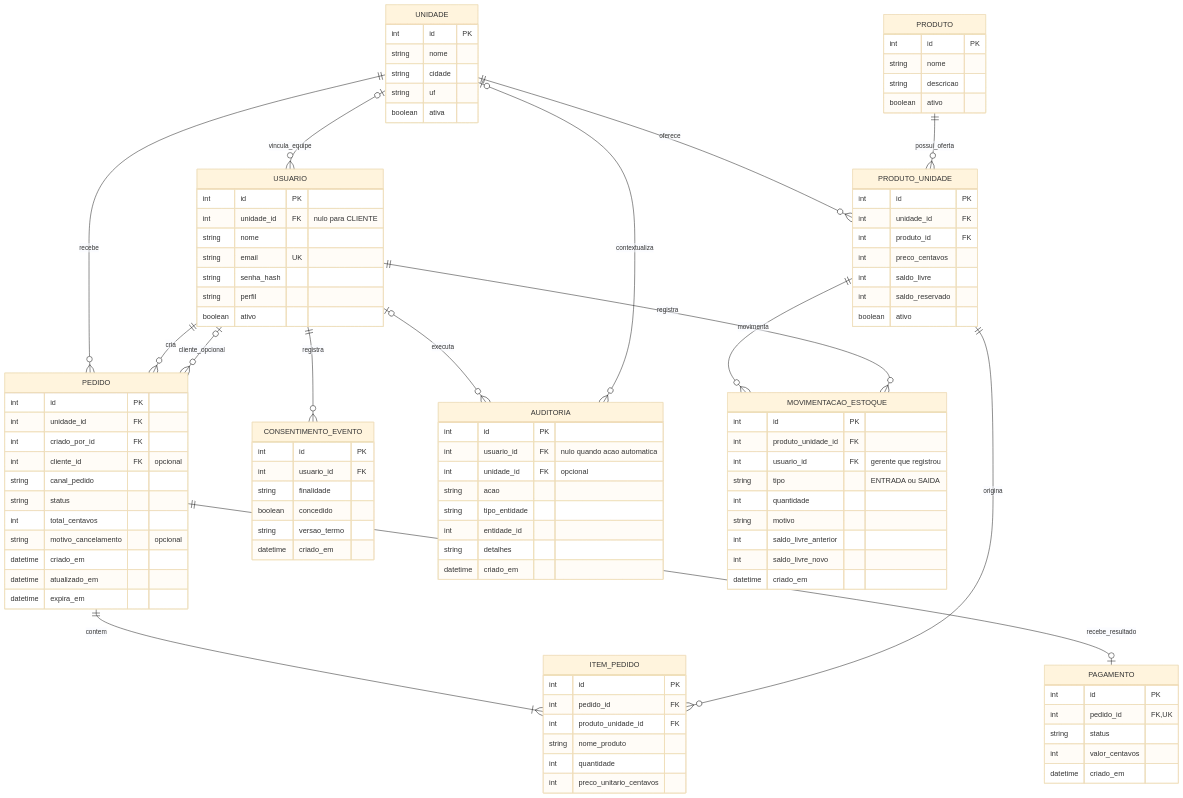
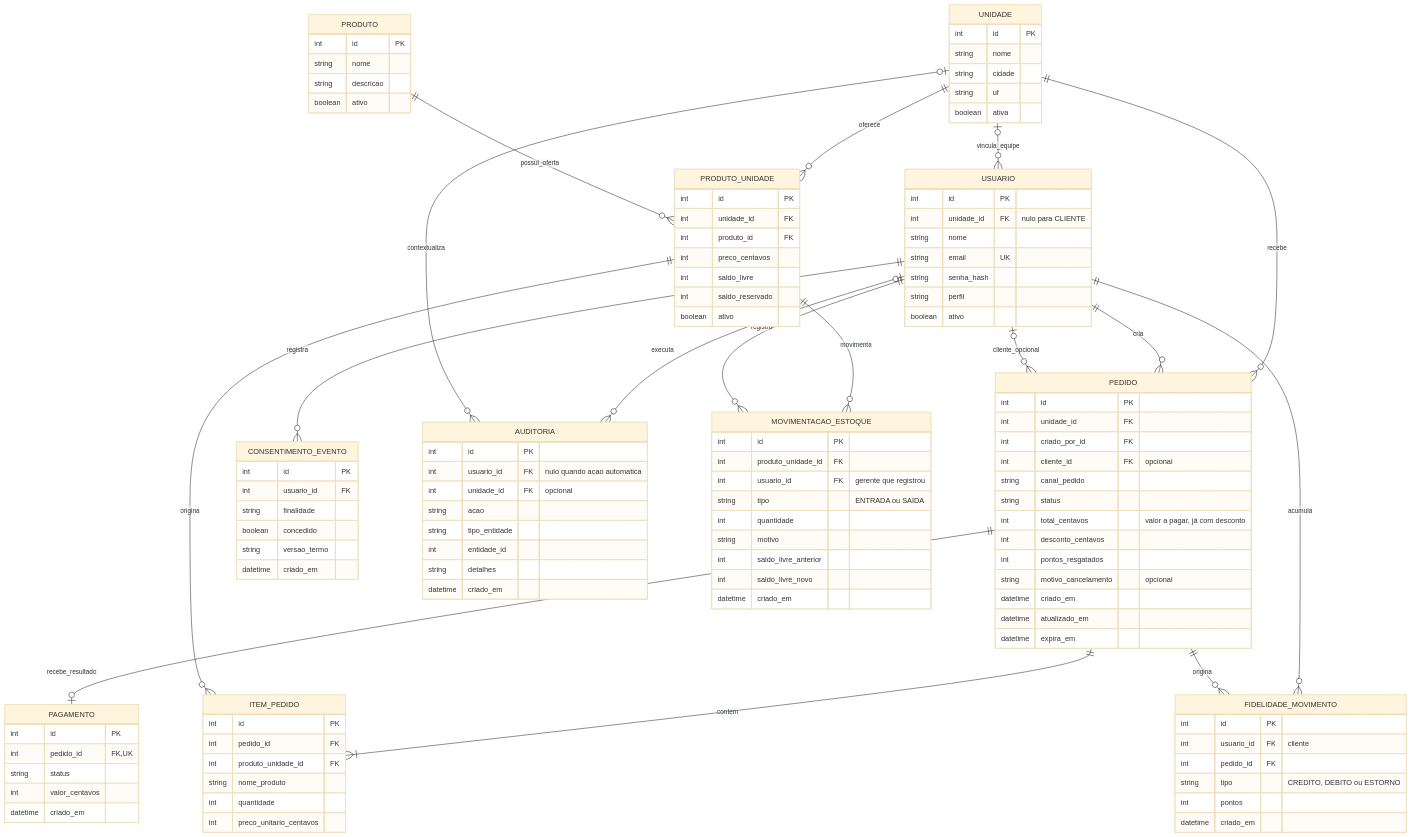
Before and after one commit to alexandrequintiliano95/projeto_uninter: the second of 2 diagrams in docs/MODELO.md, drawn with Mermaid (base theme). The commit also changed other lines of this file and 19 other files, not shown here.

Commit message:
Adiciona programa de fidelidade com acúmulo, resgate como desconto, estorno e extrato de pontos (migração 0003)

```diff
--- a/docs/MODELO.md
+++ b/docs/MODELO.md
@@ -108,6 +109,8 @@
     UNIDADE o|--o{ AUDITORIA : contextualiza
     PRODUTO_UNIDADE ||--o{ MOVIMENTACAO_ESTOQUE : movimenta
     USUARIO ||--o{ MOVIMENTACAO_ESTOQUE : registra
+    USUARIO ||--o{ FIDELIDADE_MOVIMENTO : acumula
+    PEDIDO ||--o{ FIDELIDADE_MOVIMENTO : origina
 
     UNIDADE {
         int id PK
@@ -147,7 +150,9 @@
         int cliente_id FK "opcional"
         string canal_pedido
         string status
-        int total_centavos
+        int total_centavos "valor a pagar, já com desconto"
+        int desconto_centavos
+        int pontos_resgatados
         string motivo_cancelamento "opcional"
         datetime criado_em
         datetime atualizado_em
@@ -186,6 +191,14 @@
         string detalhes
         datetime criado_em
     }
+    FIDELIDADE_MOVIMENTO {
+        int id PK
+        int usuario_id FK "cliente"
+        int pedido_id FK
+        string tipo "CREDITO, DEBITO ou ESTORNO"
+        int pontos
+        datetime criado_em
+    }
     MOVIMENTACAO_ESTOQUE {
         int id PK
         int produto_unidade_id FK
```
